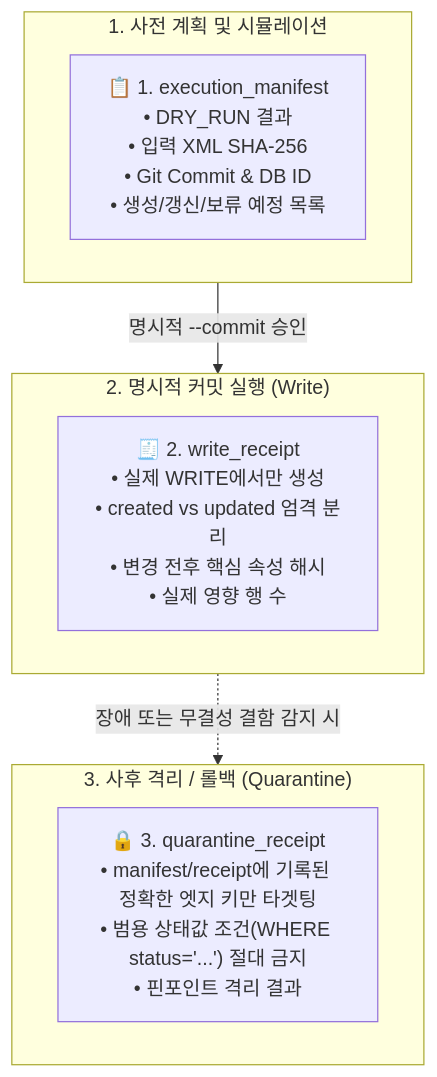
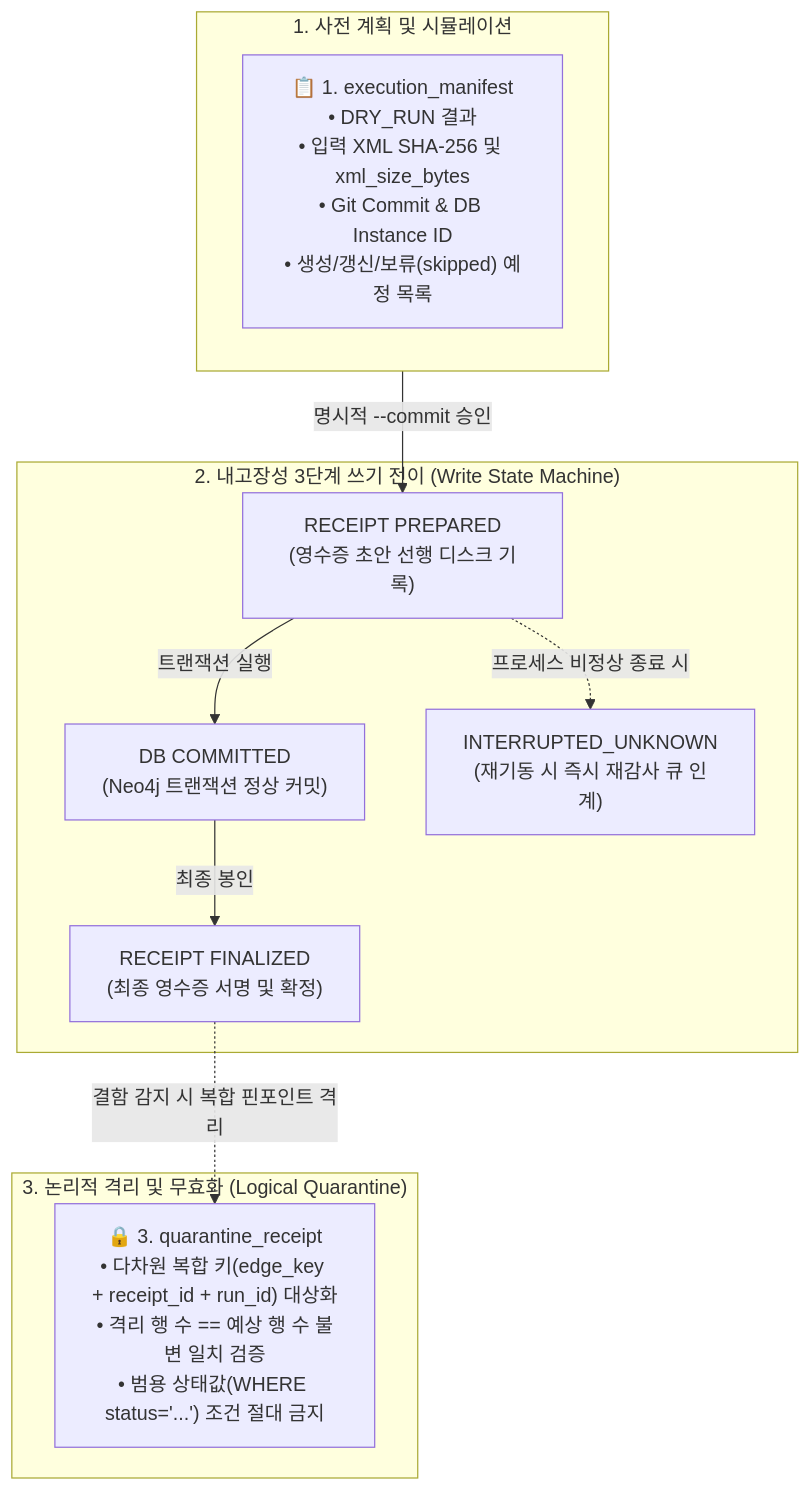
The first of 2 diagrams in 내작업폴더/25_DART_v0.4_변조탐지_실행매니페스트_및_감사영수증_아키텍처_설계서.md (mycar4/enkoa-practice-knowledge-graph), drawn with Mermaid before and after one commit. The commit also changed other lines of this file, not shown here.

Commit message:
docs(v0.4): finalize architecture v1.1.0 with hash chain audit log, crash-tolerant 3-phase write state machine, compound quarantine guard, and xml_size_bytes

````diff
--- a/내작업폴더/25_DART_v0.4_변조탐지_실행매니페스트_및_감사영수증_아키텍처_설계서.md
+++ b/내작업폴더/25_DART_v0.4_변조탐지_실행매니페스트_및_감사영수증_아키텍처_설계서.md
@@ -36,17 +38,21 @@
 ```mermaid
 flowchart TD
     subgraph Step1 ["1. 사전 계획 및 시뮬레이션"]
-        M["📋 1. execution_manifest\n• DRY_RUN 결과\n• 입력 XML SHA-256\n• Git Commit & DB ID\n• 생성/갱신/보류 예정 목록"]
+        M["📋 1. execution_manifest\n• DRY_RUN 결과\n• 입력 XML SHA-256 및 xml_size_bytes\n• Git Commit & DB Instance ID\n• 생성/갱신/보류(skipped) 예정 목록"]
     end
 
-    subgraph Step2 ["2. 명시적 커밋 실행 (Write)"]
-        W["🧾 2. write_receipt\n• 실제 WRITE에서만 생성\n• created vs updated 엄격 분리\n• 변경 전후 핵심 속성 해시\n• 실제 영향 행 수"]
+    subgraph Step2 ["2. 내고장성 3단계 쓰기 전이 (Write State Machine)"]
+        W1["RECEIPT PREPARED\n(영수증 초안 선행 디스크 기록)"]
+        W2["DB COMMITTED\n(Neo4j 트랜잭션 정상 커밋)"]
+        W3["RECEIPT FINALIZED\n(최종 영수증 서명 및 확정)"]
+        W1 -->|트랜잭션 실행| W2 -->|최종 봉인| W3
+        W1 -.->|프로세스 비정상 종료 시| WX["INTERRUPTED_UNKNOWN\n(재기동 시 즉시 재감사 큐 인계)"]
     end
 
-    subgraph Step3 ["3. 사후 격리 / 롤백 (Quarantine)"]
-        Q["🔒 3. quarantine_receipt\n• manifest/receipt에 기록된 정확한 엣지 키만 타겟팅\n• 범용 상태값 조건(WHERE status='...') 절대 금지\n• 핀포인트 격리 결과"]
+    subgraph Step3 ["3. 논리적 격리 및 무효화 (Logical Quarantine)"]
+        Q["🔒 3. quarantine_receipt\n• 다차원 복합 키(edge_key + receipt_id + run_id) 대상화\n• 격리 행 수 == 예상 행 수 불변 일치 검증\n• 범용 상태값(WHERE status='...') 조건 절대 금지"]
     end
 
-    Step1 -->|명시적 --commit 승인| Step2
-    Step2 -.->|장애 또는 무결성 결함 감지 시| Step3
+    Step1 -->|명시적 --commit 승인| W1
+    W3 -.->|결함 감지 시 복합 핀포인트 격리| Q
 ```
````
